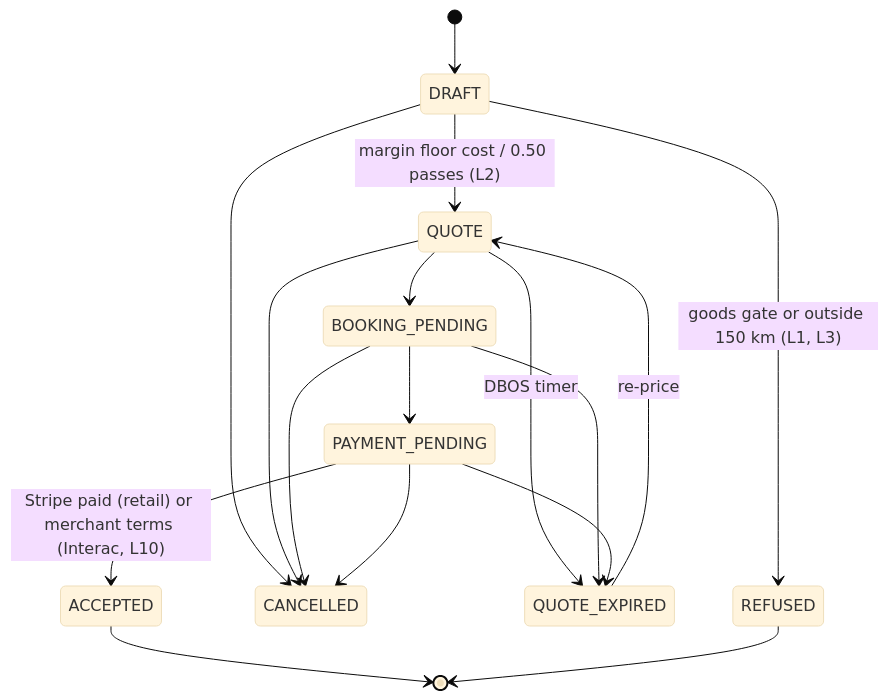
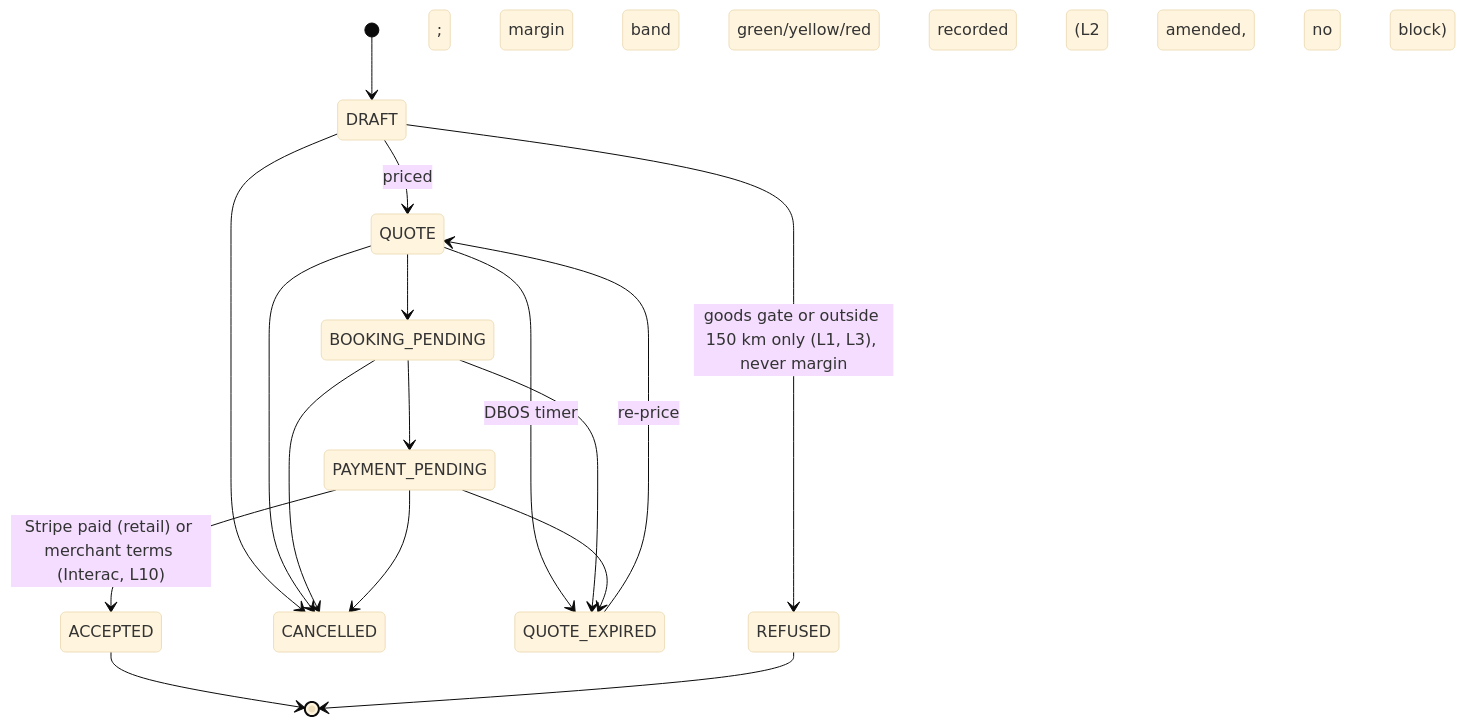
The sixth of 10 diagrams in docs/architecture/22_planned_state_machines.md (PORTERCHAIN-INC/PCD), drawn with Mermaid (base theme) before and after one commit. The commit also changed other lines of this file and 9 other files, not shown here.

Commit message:
docs(architecture): existing features kept (16/21), mobile apps, impersonation guard, promotions, public rate card; merchant card-pay finding; L15→L17 credit-note ref; margin bands warn-only (L2 amended)

````diff
--- a/docs/architecture/22_planned_state_machines.md
+++ b/docs/architecture/22_planned_state_machines.md
@@ -120,19 +120,19 @@
 ```mermaid
 stateDiagram-v2
   [*] --> DRAFT
-  DRAFT --> QUOTE: margin floor cost / 0.50 passes (L2)
-  DRAFT --> REFUSED: goods gate or outside 150 km (L1, L3)
+  DRAFT --> QUOTE: priced; margin band green/yellow/red recorded (L2 amended, no block)
+  DRAFT --> REFUSED: goods gate or outside 150 km only (L1, L3), never margin
   DRAFT --> CANCELLED
   QUOTE --> QUOTE_EXPIRED: DBOS timer
   QUOTE --> BOOKING_PENDING
   QUOTE --> CANCELLED
   QUOTE_EXPIRED --> QUOTE: re-price
   BOOKING_PENDING --> PAYMENT_PENDING
   BOOKING_PENDING --> QUOTE_EXPIRED
   BOOKING_PENDING --> CANCELLED
   PAYMENT_PENDING --> ACCEPTED: Stripe paid (retail) or merchant terms (Interac, L10)
   PAYMENT_PENDING --> QUOTE_EXPIRED
   PAYMENT_PENDING --> CANCELLED
   ACCEPTED --> [*]
   REFUSED --> [*]
 ```
````
